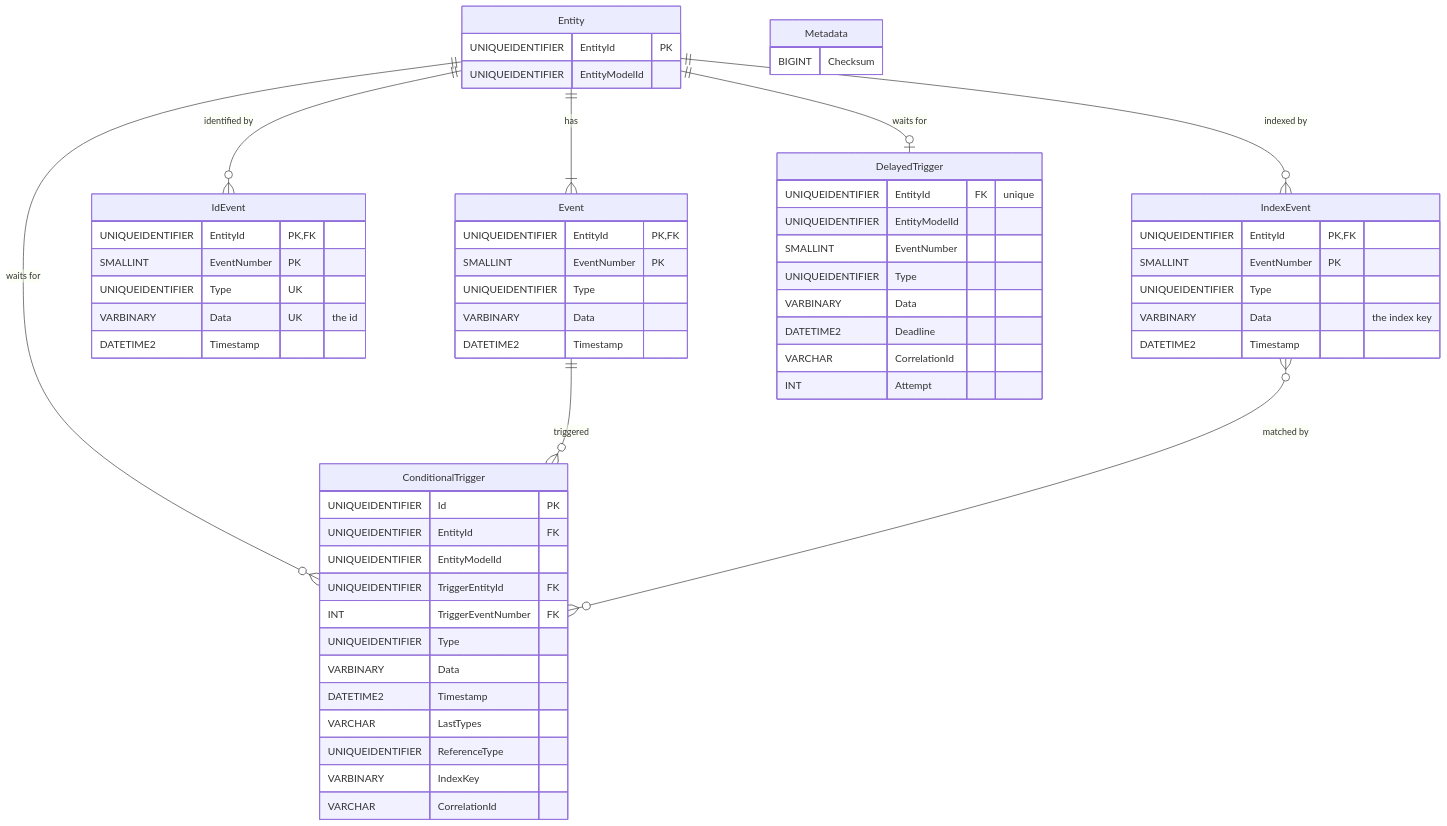
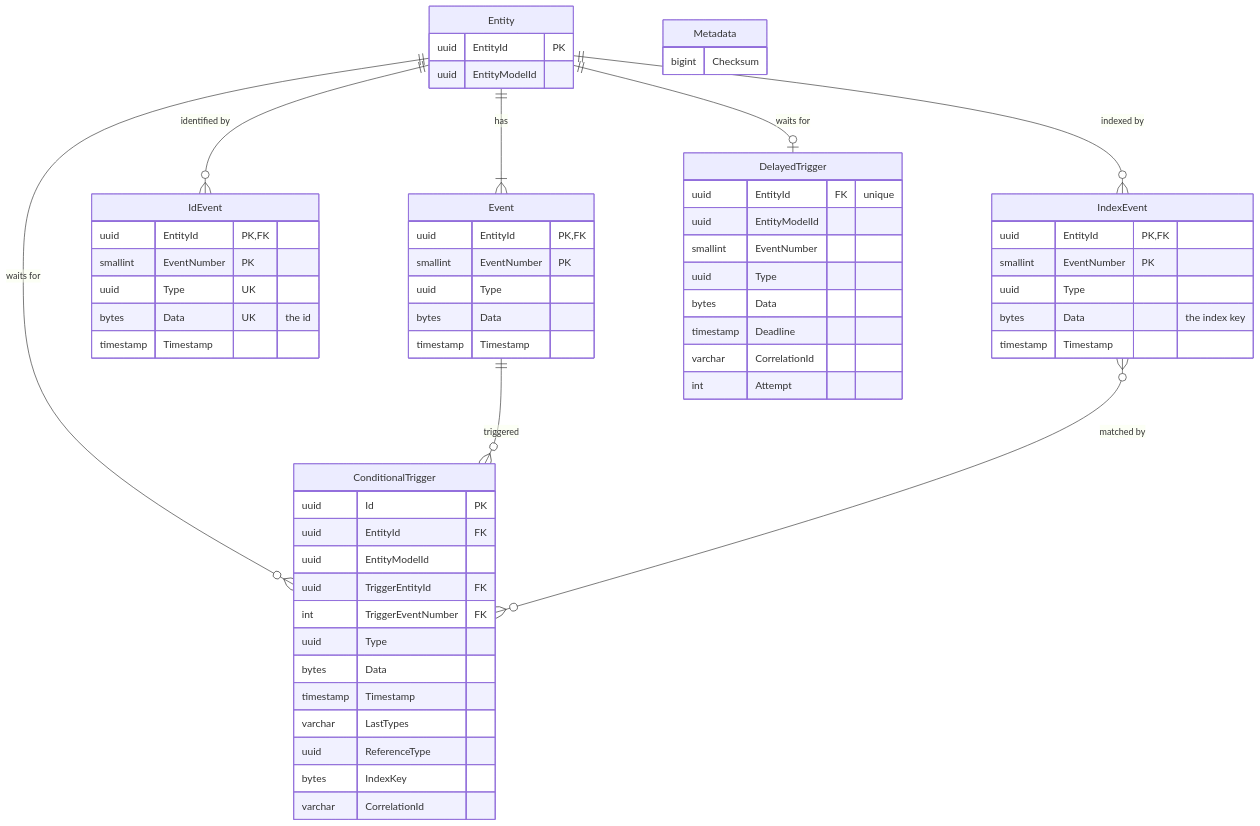
Before and after one commit to the-backend-project/tits: the diagram in docs/data-model.md, drawn with Mermaid. The commit also changed other lines of this file and 6 other files, not shown here.

Commit message:
Verify an existing schema without the creation lock (#155)

````diff
--- a/docs/data-model.md
+++ b/docs/data-model.md
@@ -11,63 +7,63 @@
 ```mermaid
 erDiagram
     Entity ||--|{ Event : "has"
     Entity ||--o{ IdEvent : "identified by"
     Entity ||--o{ IndexEvent : "indexed by"
     Entity ||--o| DelayedTrigger : "waits for"
     Entity ||--o{ ConditionalTrigger : "waits for"
     Event ||--o{ ConditionalTrigger : "triggered"
     IndexEvent }o--o{ ConditionalTrigger : "matched by"
 
     Metadata {
-        BIGINT Checksum
+        bigint Checksum
     }
     Entity {
-        UNIQUEIDENTIFIER EntityId PK
-        UNIQUEIDENTIFIER EntityModelId
+        uuid EntityId PK
+        uuid EntityModelId
     }
     Event {
-        UNIQUEIDENTIFIER EntityId PK, FK
-        SMALLINT EventNumber PK
-        UNIQUEIDENTIFIER Type
-        VARBINARY Data
-        DATETIME2 Timestamp
+        uuid EntityId PK, FK
+        smallint EventNumber PK
+        uuid Type
+        bytes Data
+        timestamp Timestamp
     }
     IdEvent {
-        UNIQUEIDENTIFIER EntityId PK, FK
-        SMALLINT EventNumber PK
-        UNIQUEIDENTIFIER Type UK
-        VARBINARY Data UK "the id"
-        DATETIME2 Timestamp
+        uuid EntityId PK, FK
+        smallint EventNumber PK
+        uuid Type UK
+        bytes Data UK "the id"
+        timestamp Timestamp
     }
     IndexEvent {
-        UNIQUEIDENTIFIER EntityId PK, FK
-        SMALLINT EventNumber PK
-        UNIQUEIDENTIFIER Type
-        VARBINARY Data "the index key"
-        DATETIME2 Timestamp
+        uuid EntityId PK, FK
+        smallint EventNumber PK
+        uuid Type
+        bytes Data "the index key"
+        timestamp Timestamp
     }
     DelayedTrigger {
-        UNIQUEIDENTIFIER EntityId FK "unique"
-        UNIQUEIDENTIFIER EntityModelId
-        SMALLINT EventNumber
-        UNIQUEIDENTIFIER Type
-        VARBINARY Data
-        DATETIME2 Deadline
-        VARCHAR CorrelationId
-        INT Attempt
+        uuid EntityId FK "unique"
+        uuid EntityModelId
+        smallint EventNumber
+        uuid Type
+        bytes Data
+        timestamp Deadline
+        varchar CorrelationId
+        int Attempt
     }
     ConditionalTrigger {
-        UNIQUEIDENTIFIER Id PK
-        UNIQUEIDENTIFIER EntityId FK
-        UNIQUEIDENTIFIER EntityModelId
-        UNIQUEIDENTIFIER TriggerEntityId FK
-        INT TriggerEventNumber FK
-        UNIQUEIDENTIFIER Type
-        VARBINARY Data
-        DATETIME2 Timestamp
-        VARCHAR LastTypes
-        UNIQUEIDENTIFIER ReferenceType
-        VARBINARY IndexKey
-        VARCHAR CorrelationId
+        uuid Id PK
+        uuid EntityId FK
+        uuid EntityModelId
+        uuid TriggerEntityId FK
+        int TriggerEventNumber FK
+        uuid Type
+        bytes Data
+        timestamp Timestamp
+        varchar LastTypes
+        uuid ReferenceType
+        bytes IndexKey
+        varchar CorrelationId
     }
 ```
````
